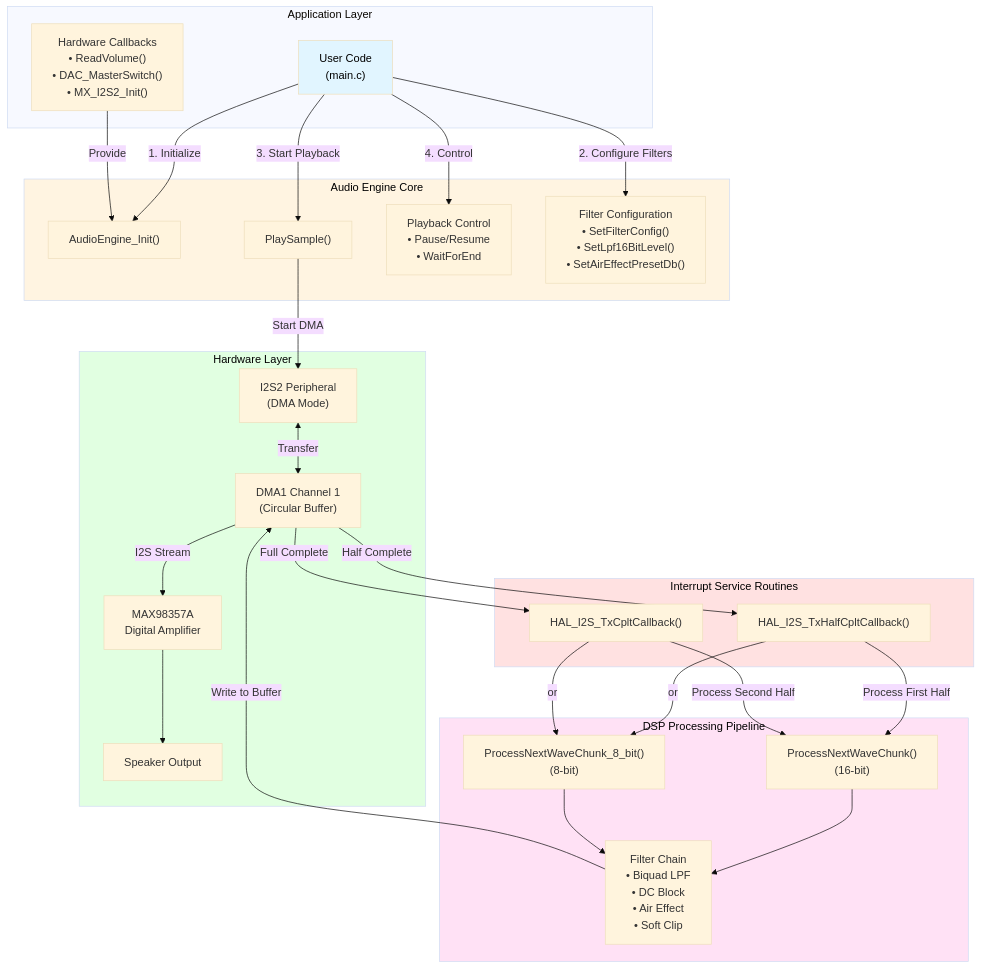
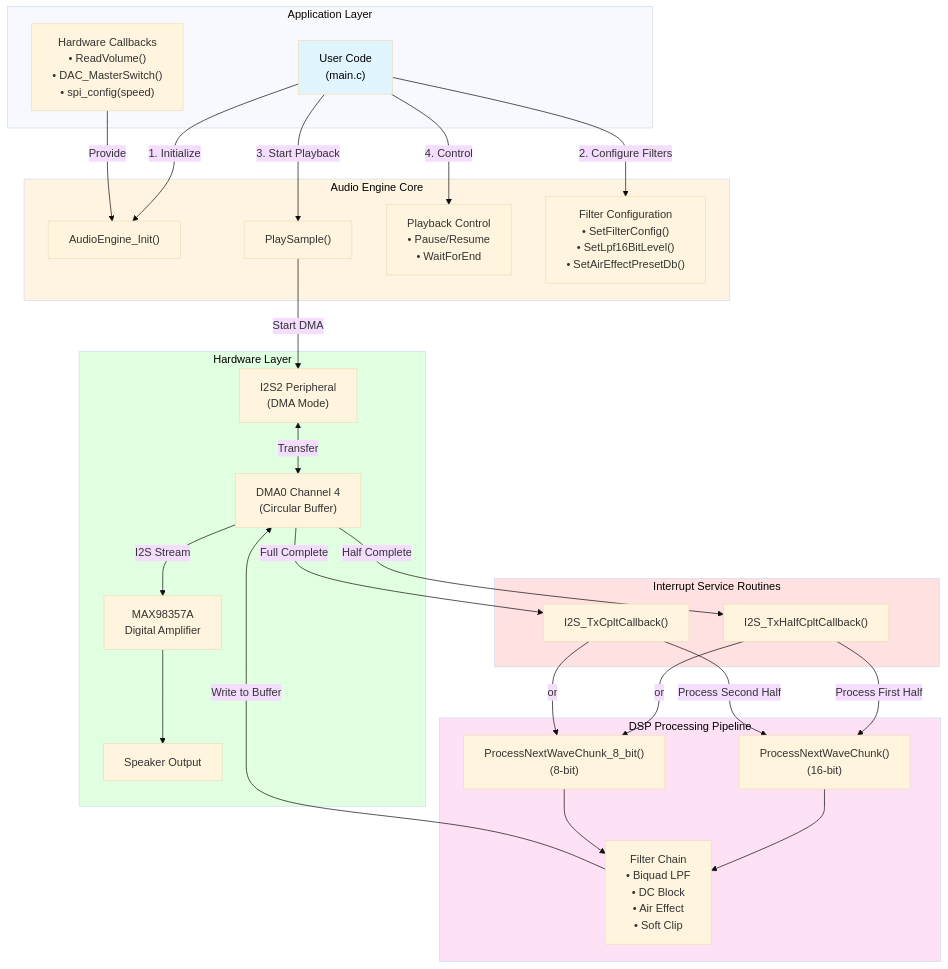
The first of 10 diagrams in Docs/AUDIO_ENGINE_FLOWCHART.md (JennyDigital/GD32WavePlayer), drawn with Mermaid (base theme) before and after one commit. The commit also changed other lines of this file and 19 other files, not shown here.

````diff
--- a/Docs/AUDIO_ENGINE_FLOWCHART.md
+++ b/Docs/AUDIO_ENGINE_FLOWCHART.md
@@ -7,62 +7,62 @@
 ```mermaid
 flowchart TB
   subgraph Application["Application Layer"]
     User["User Code<br/>(main.c)"]
-    Callbacks["Hardware Callbacks<br/>• ReadVolume()<br/>• DAC_MasterSwitch()<br/>• MX_I2S2_Init()"]
+    Callbacks["Hardware Callbacks<br/>• ReadVolume()<br/>• DAC_MasterSwitch()<br/>• spi_config(speed)"]
   end
 
   subgraph Engine["Audio Engine Core"]
     Init["AudioEngine_Init()"]
     Play["PlaySample()"]
     Control["Playback Control<br/>• Pause/Resume<br/>• WaitForEnd"]
     Config["Filter Configuration<br/>• SetFilterConfig()<br/>• SetLpf16BitLevel()<br/>• SetAirEffectPresetDb()"]
   end
 
   subgraph DSP["DSP Processing Pipeline"]
     Process16["ProcessNextWaveChunk()<br/>(16-bit)"]
     Process8["ProcessNextWaveChunk_8_bit()<br/>(8-bit)"]
     Filters["Filter Chain<br/>• Biquad LPF<br/>• DC Block<br/>• Air Effect<br/>• Soft Clip"]
   end
 
   subgraph Hardware["Hardware Layer"]
     I2S["I2S2 Peripheral<br/>(DMA Mode)"]
-    DMA["DMA1 Channel 1<br/>(Circular Buffer)"]
+    DMA["DMA0 Channel 4<br/>(Circular Buffer)"]
     DAC["MAX98357A<br/>Digital Amplifier"]
     Speaker["Speaker Output"]
   end
 
   subgraph ISR["Interrupt Service Routines"]
-    HalfCplt["HAL_I2S_TxHalfCpltCallback()"]
-    FullCplt["HAL_I2S_TxCpltCallback()"]
+    HalfCplt["I2S_TxHalfCpltCallback()"]
+    FullCplt["I2S_TxCpltCallback()"]
   end
 
   User -->|"1. Initialize"| Init
   Callbacks -->|"Provide"| Init
   User -->|"2. Configure Filters"| Config
   User -->|"3. Start Playback"| Play
   User -->|"4. Control"| Control
 
   Play -->|"Start DMA"| I2S
   I2S <-->|"Transfer"| DMA
   
   DMA -->|"Half Complete"| HalfCplt
   DMA -->|"Full Complete"| FullCplt
   
   HalfCplt -->|"Process First Half"| Process16
   HalfCplt -->|"or"| Process8
   FullCplt -->|"Process Second Half"| Process16
   FullCplt -->|"or"| Process8
   
   Process16 --> Filters
   Process8 --> Filters
   
   Filters -->|"Write to Buffer"| DMA
   DMA -->|"I2S Stream"| DAC
   DAC --> Speaker
 
   style User fill:#e1f5ff,color:#000000
   style Engine fill:#fff4e1,color:#000000
   style DSP fill:#ffe1f5,color:#000000
   style Hardware fill:#e1ffe1,color:#000000
   style ISR fill:#ffe1e1,color:#000000
 ```
````
